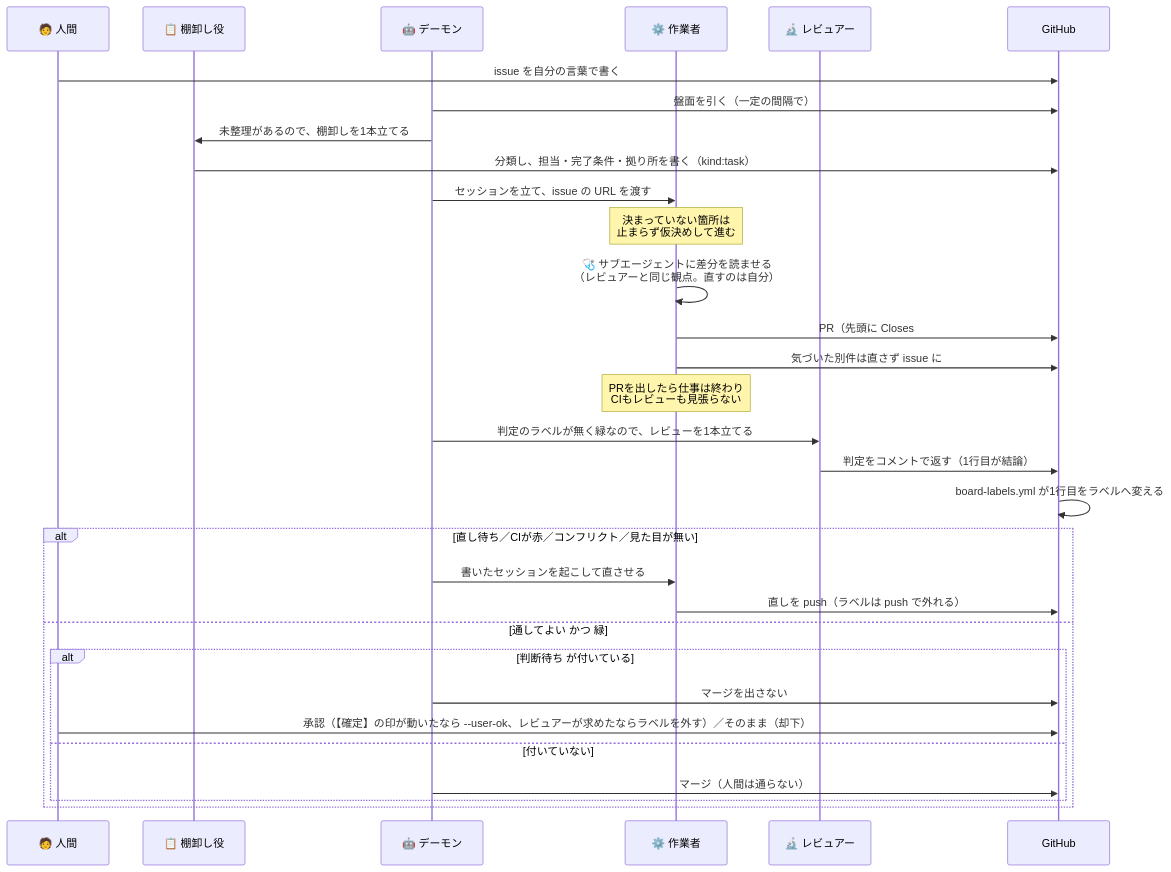
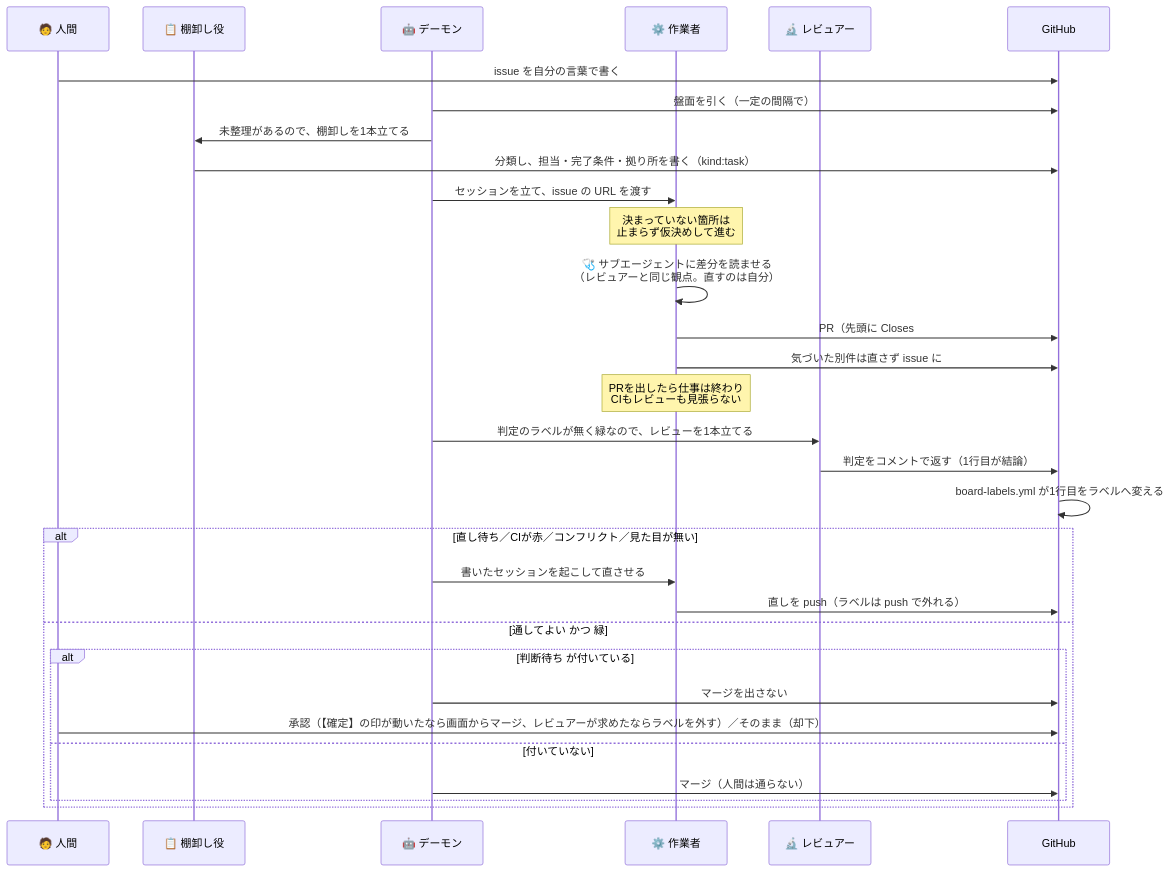
The third of 5 diagrams in docs/ParallelAgents.md (gooyyu1/UnmappedIsland), drawn with Mermaid before and after one commit. The commit also changed other lines of this file and 3 other files, not shown here.

````diff
--- a/docs/ParallelAgents.md
+++ b/docs/ParallelAgents.md
@@ -227,35 +227,35 @@
 ```mermaid
 sequenceDiagram
     participant H as 🧑 人間
     participant T as 📋 棚卸し役
     participant D as 🤖 デーモン
     participant W as ⚙️ 作業者
     participant R as 🔬 レビュアー
     participant G as GitHub
 
     H->>G: issue を自分の言葉で書く
     D->>G: 盤面を引く（一定の間隔で）
     D->>T: 未整理があるので、棚卸しを1本立てる
     T->>G: 分類し、担当・完了条件・拠り所を書く（kind:task）
     D->>W: セッションを立て、issue の URL を渡す
     Note over W: 決まっていない箇所は<br/>止まらず仮決めして進む
     W->>W: 🩺 サブエージェントに差分を読ませる<br/>（レビュアーと同じ観点。直すのは自分）
     W->>G: PR（先頭に Closes #N と ## 仮決め）
     W->>G: 気づいた別件は直さず issue に
     Note over W: PRを出したら仕事は終わり<br/>CIもレビューも見張らない
     D->>R: 判定のラベルが無く緑なので、レビューを1本立てる
     R->>G: 判定をコメントで返す（1行目が結論）
     G->>G: board-labels.yml が1行目をラベルへ変える
 
     alt 直し待ち／CIが赤／コンフリクト／見た目が無い
         D->>W: 書いたセッションを起こして直させる
         W->>G: 直しを push（ラベルは push で外れる）
     else 通してよい かつ 緑
         alt 判断待ち が付いている
             D->>G: マージを出さない
-            H->>G: 承認（【確定】の印が動いたなら --user-ok、レビュアーが求めたならラベルを外す）／そのまま（却下）
+            H->>G: 承認（【確定】の印が動いたなら画面からマージ、レビュアーが求めたならラベルを外す）／そのまま（却下）
         else 付いていない
             D->>G: マージ（人間は通らない）
         end
     end
 ```
````
